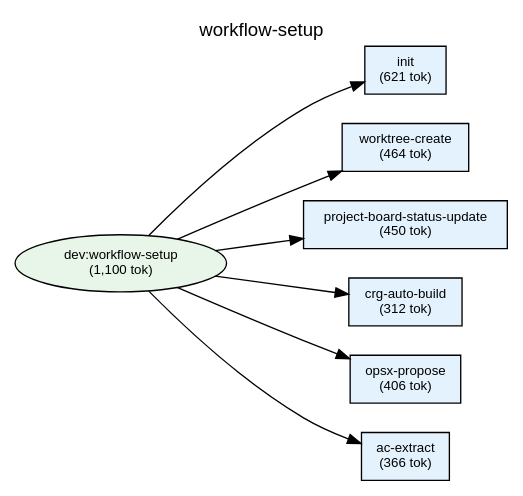
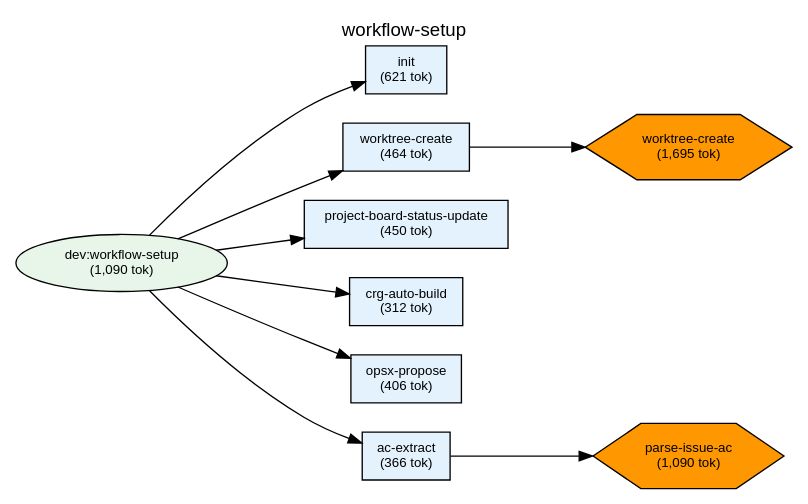
One commit to shuu5/twill changed the diagram in plugins/dev/docs/deps-workflow-setup.dot. Above: the diagram before and after it, drawn with Graphviz. The commit also changed 22 other files, not shown here.

```diff
--- a/plugins/dev/docs/deps-workflow-setup.dot
+++ b/plugins/dev/docs/deps-workflow-setup.dot
@@ -1,57 +1,62 @@
 digraph Dependencies {
     // Graph settings
     rankdir=LR;
     ranksep=0.8;
     nodesep=0.3;
     fontname="Helvetica";
     node [fontname="Helvetica", fontsize=10];
     edge [fontname="Helvetica", fontsize=9];
     label="workflow-setup";
     labelloc=t;
     fontsize=14;
 
     // L0: Controller Skills
 
     // L0: Launchers
 
     // L0.5: Workflow Skills
-    skill_workflow_setup [label="dev:workflow-setup\n(1,100 tok)", shape=ellipse, style=filled, fillcolor="#e8f5e9"];
+    skill_workflow_setup [label="dev:workflow-setup\n(1,090 tok)", shape=ellipse, style=filled, fillcolor="#e8f5e9"];
 
     // Reference Skills
 
     // L1: Direct Commands
     cmd_init [label="init\n(621 tok)", shape=box, style=filled, fillcolor="#e3f2fd"];
     cmd_worktree_create [label="worktree-create\n(464 tok)", shape=box, style=filled, fillcolor="#e3f2fd"];
     cmd_project_board_status_update [label="project-board-status-update\n(450 tok)", shape=box, style=filled, fillcolor="#e3f2fd"];
     cmd_crg_auto_build [label="crg-auto-build\n(312 tok)", shape=box, style=filled, fillcolor="#e3f2fd"];
     cmd_opsx_propose [label="opsx-propose\n(406 tok)", shape=box, style=filled, fillcolor="#e3f2fd"];
     cmd_ac_extract [label="ac-extract\n(366 tok)", shape=box, style=filled, fillcolor="#e3f2fd"];
 
     // L2: Sub Commands
 
     // L3: Agents
 
     // L3.5: Scripts
+    script_worktree_create [label="worktree-create\n(1,695 tok)", shape=hexagon, style=filled, fillcolor="#FF9800"];
+    script_parse_issue_ac [label="parse-issue-ac\n(1,090 tok)", shape=hexagon, style=filled, fillcolor="#FF9800"];
 
     // L4: External
 
     // Layer constraints
     { rank=same; skill_workflow_setup; }
     { rank=same; cmd_init; cmd_worktree_create; cmd_project_board_status_update; cmd_crg_auto_build; cmd_opsx_propose; cmd_ac_extract; }
+    { rank=same; script_worktree_create; script_parse_issue_ac; }
 
     // Edges
     skill_workflow_setup -> cmd_init;
     skill_workflow_setup -> cmd_worktree_create;
     skill_workflow_setup -> cmd_project_board_status_update;
     skill_workflow_setup -> cmd_crg_auto_build;
     skill_workflow_setup -> cmd_opsx_propose;
     skill_workflow_setup -> cmd_ac_extract;
+    cmd_worktree_create -> script_worktree_create;
+    cmd_ac_extract -> script_parse_issue_ac;
 
     // Ordering constraints (invisible edges)
     cmd_init -> cmd_worktree_create [style=invis, weight=10];
     cmd_worktree_create -> cmd_project_board_status_update [style=invis, weight=10];
     cmd_project_board_status_update -> cmd_crg_auto_build [style=invis, weight=10];
     cmd_crg_auto_build -> cmd_opsx_propose [style=invis, weight=10];
     cmd_opsx_propose -> cmd_ac_extract [style=invis, weight=10];
 
 }
```
